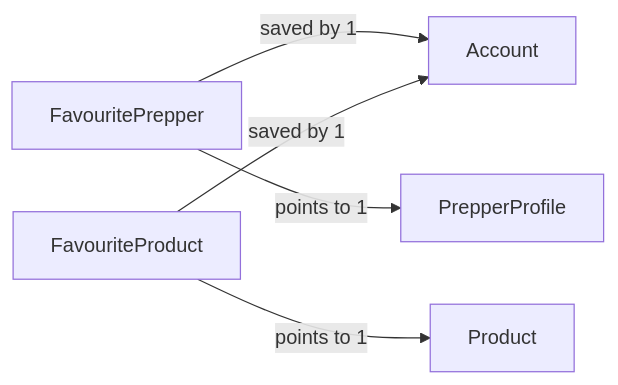
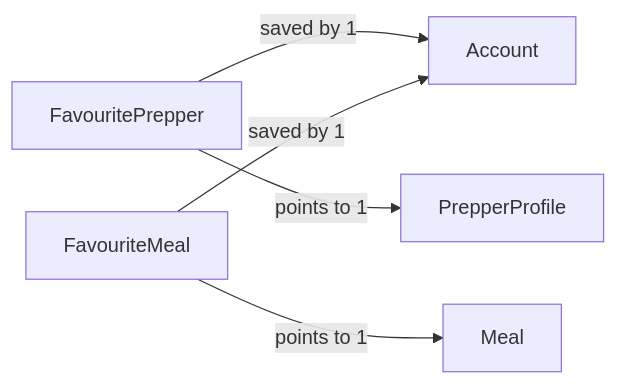
One commit to rachelwong/preppers changed the diagram in docs/data-model/entities/favourites.md. Above: the diagram before and after it, drawn with Mermaid. The commit also changed other lines of this file and 44 other files, not shown here.

````diff
--- a/docs/data-model/entities/favourites.md
+++ b/docs/data-model/entities/favourites.md
@@ -21,7 +21,7 @@
 ```mermaid
 flowchart LR
   FP[FavouritePrepper] -->|"saved by 1"| A[Account]
   FP -->|"points to 1"| PP[PrepperProfile]
-  FR[FavouriteProduct] -->|"saved by 1"| A
-  FR -->|"points to 1"| P[Product]
+  FR[FavouriteMeal] -->|"saved by 1"| A
+  FR -->|"points to 1"| P[Meal]
 ```
````
